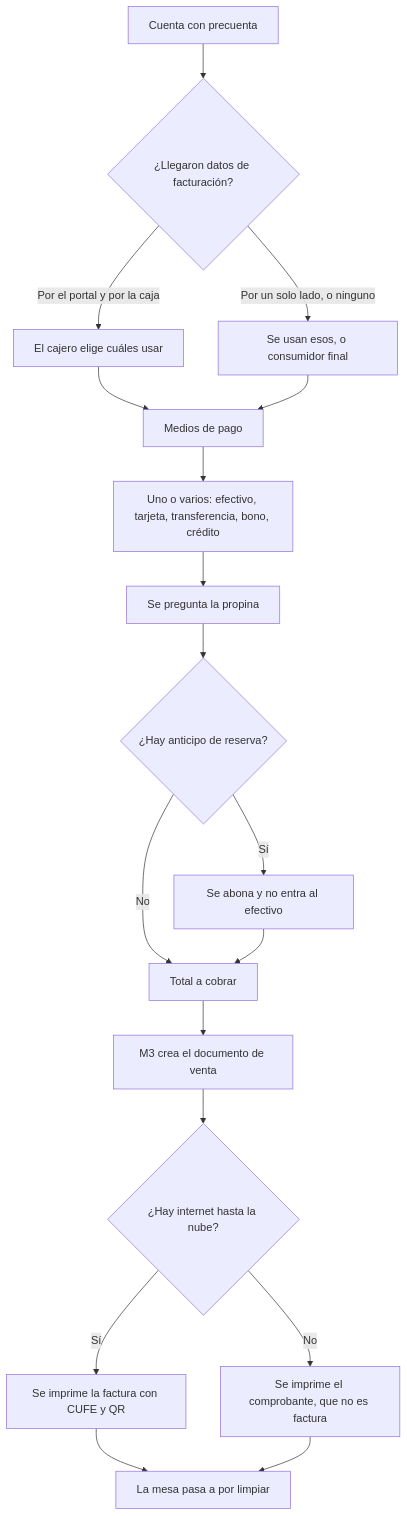
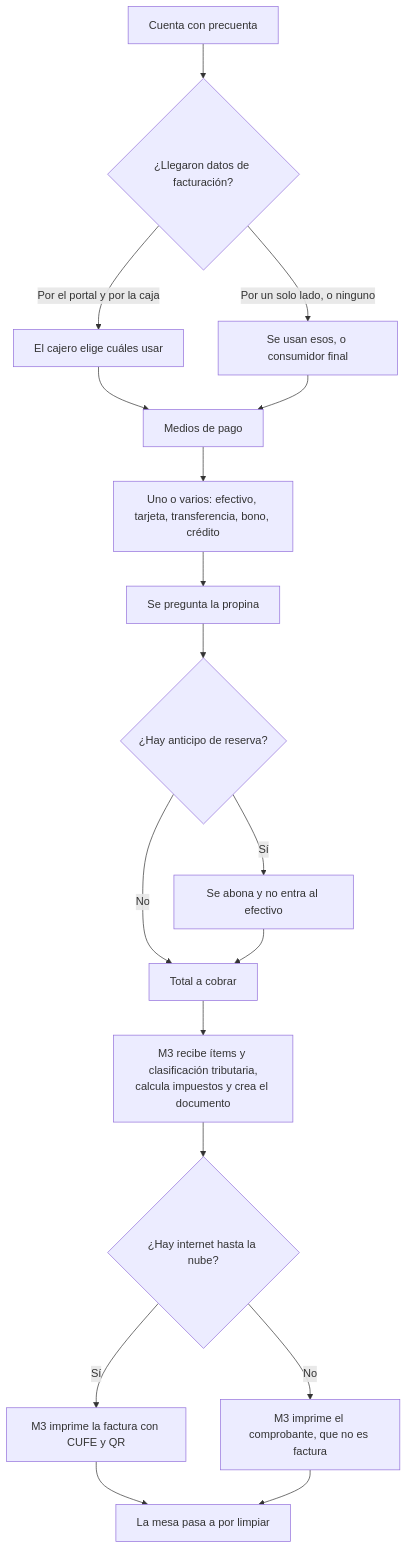
Before and after one commit to CesarJOtizM/blackHole: the third of 5 diagrams in docs/flujos/m2-caja.md, drawn with Mermaid. The commit also changed other lines of this file and 159 other files, not shown here.

````diff
--- a/docs/flujos/m2-caja.md
+++ b/docs/flujos/m2-caja.md
@@ -64,20 +68,20 @@
 ```mermaid
 flowchart TD
   A["Cuenta con precuenta"] --> B{"¿Llegaron datos de facturación?"}
   B -->|"Por el portal y por la caja"| C["El cajero elige cuáles usar"]
   B -->|"Por un solo lado, o ninguno"| D["Se usan esos, o consumidor final"]
   C --> E["Medios de pago"]
   D --> E
   E --> F["Uno o varios: efectivo, tarjeta, transferencia, bono, crédito"]
   F --> G["Se pregunta la propina"]
   G --> H{"¿Hay anticipo de reserva?"}
   H -->|Sí| I["Se abona y no entra al efectivo"]
   H -->|No| J["Total a cobrar"]
   I --> J
-  J --> K["M3 crea el documento de venta"]
+  J --> K["M3 recibe ítems y clasificación tributaria,<br/>calcula impuestos y crea el documento"]
   K --> L{"¿Hay internet hasta la nube?"}
-  L -->|Sí| M["Se imprime la factura con CUFE y QR"]
-  L -->|No| N["Se imprime el comprobante, que no es factura"]
+  L -->|Sí| M["M3 imprime la factura con CUFE y QR"]
+  L -->|No| N["M3 imprime el comprobante, que no es factura"]
   M --> O["La mesa pasa a por limpiar"]
   N --> O
 ```
````
